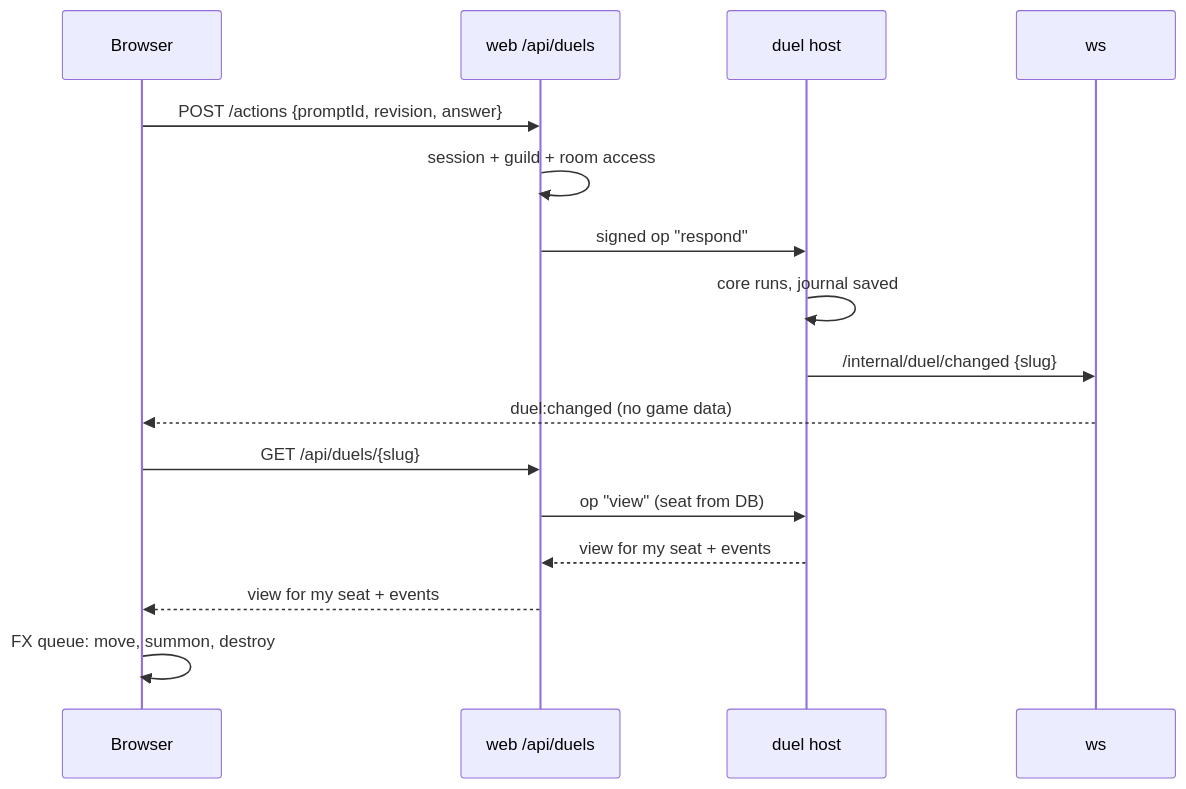
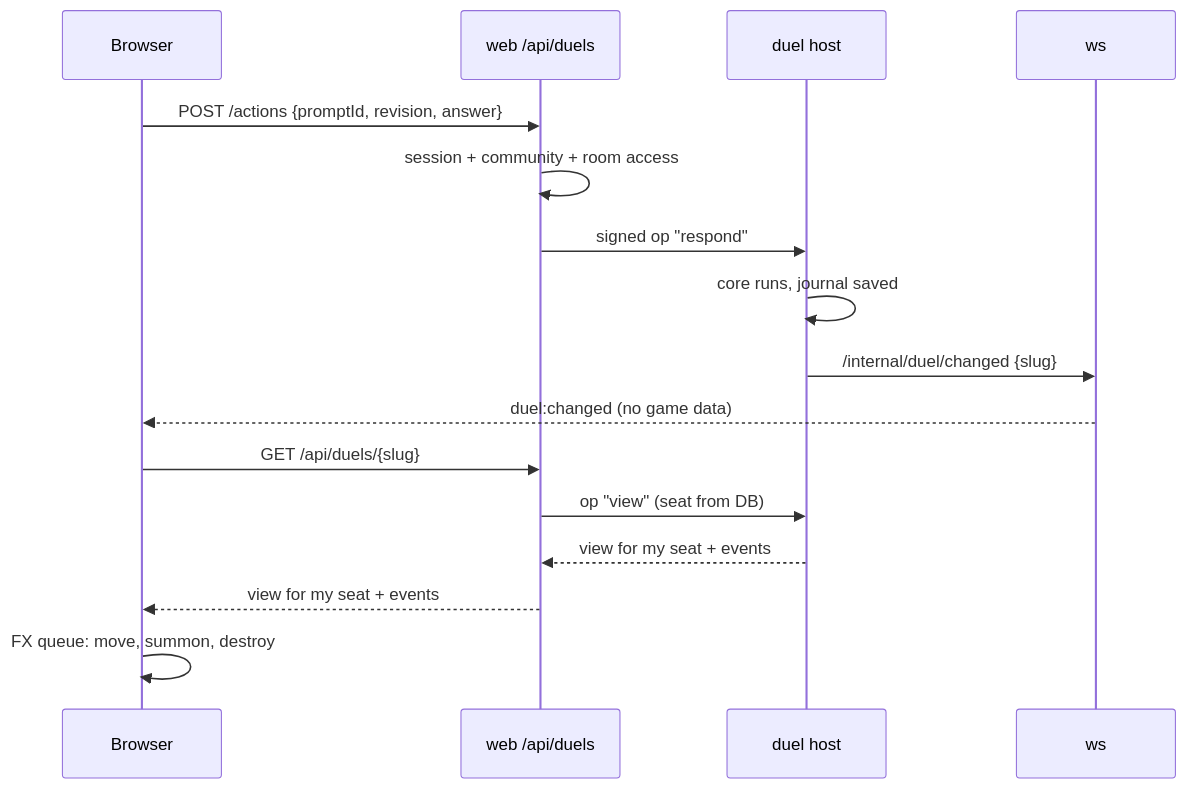
The third of 4 diagrams in docs/architecture.md (DuelingDomain/yugioh-bot), drawn with Mermaid before and after one commit. The commit also changed other lines of this file and 18 other files, not shown here.

````diff
--- a/docs/architecture.md
+++ b/docs/architecture.md
@@ -84,18 +83,18 @@
 ```mermaid
 sequenceDiagram
   participant B as Browser
   participant W as web /api/duels
   participant D as duel host
   participant S as ws
   B->>W: POST /actions {promptId, revision, answer}
-  W->>W: session + guild + room access
+  W->>W: session + community + room access
   W->>D: signed op "respond"
   D->>D: core runs, journal saved
   D->>S: /internal/duel/changed {slug}
   S-->>B: duel:changed (no game data)
   B->>W: GET /api/duels/{slug}
   W->>D: op "view" (seat from DB)
   D-->>W: view for my seat + events
   W-->>B: view for my seat + events
   B->>B: FX queue: move, summon, destroy
 ```
````
